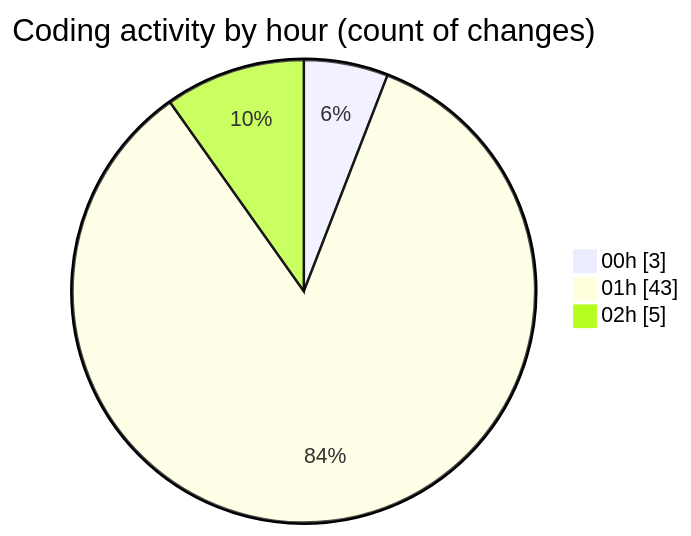
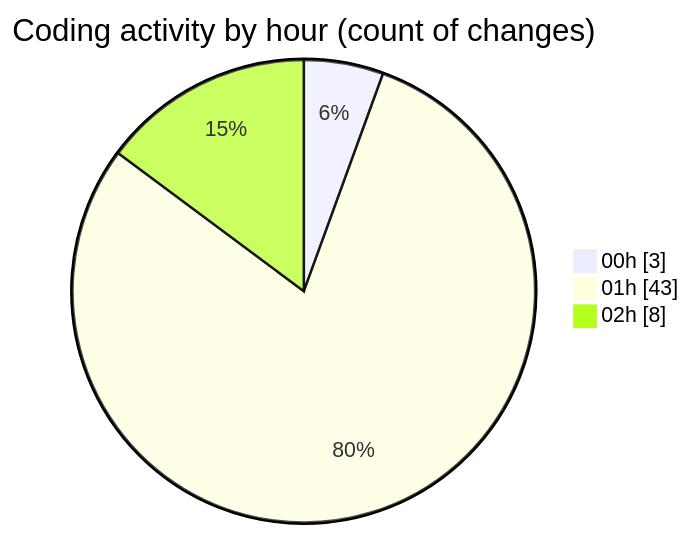
The second of 2 diagrams in 2025-10-02/oura-api/README.md (mevix1/code-tracking), drawn with Mermaid before and after one commit. The commit also changed other lines of this file and 1 other file, not shown here.

````diff
--- a/2025-10-02/oura-api/README.md
+++ b/2025-10-02/oura-api/README.md
@@ -73,7 +76,7 @@
 ```mermaid
 pie showData
 title Coding activity by hour (count of changes)
 "00h" : 3
 "01h" : 43
-"02h" : 5
+"02h" : 8
 ```
````
